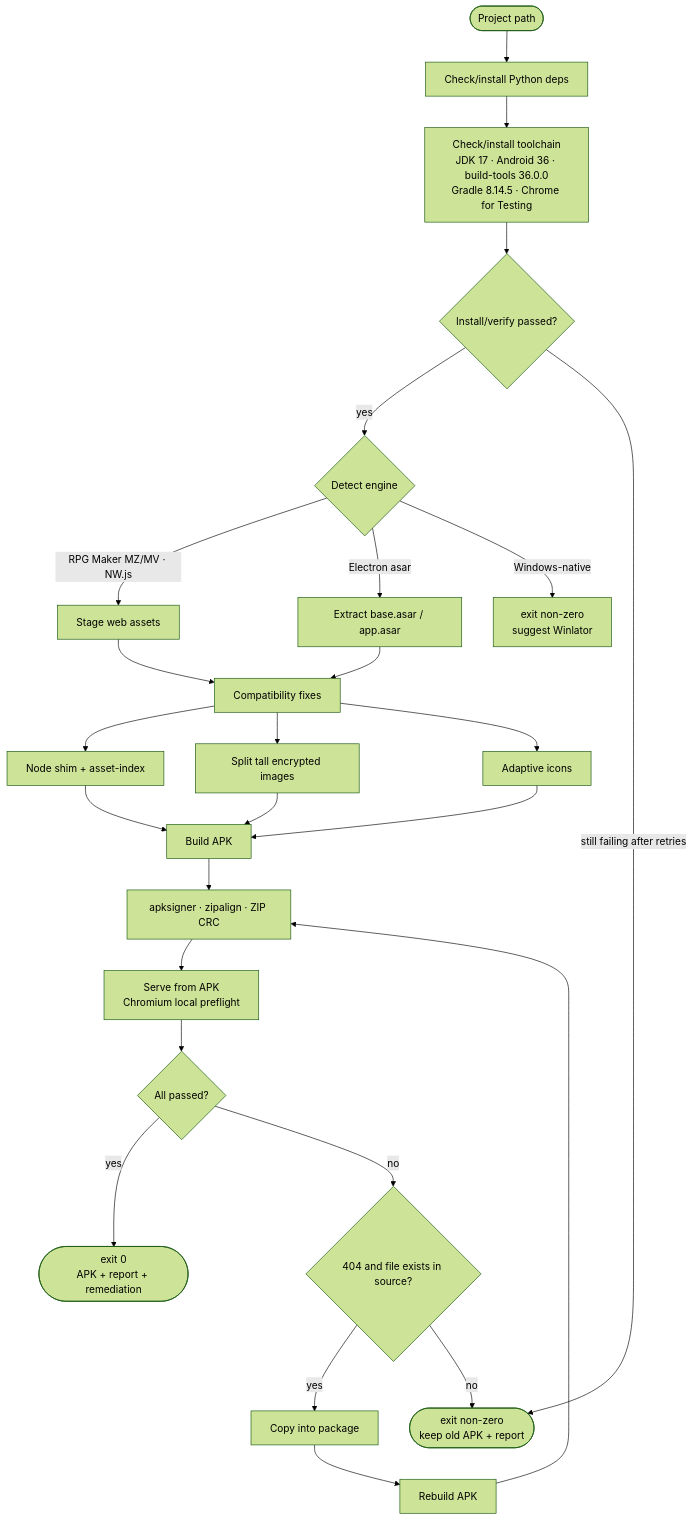
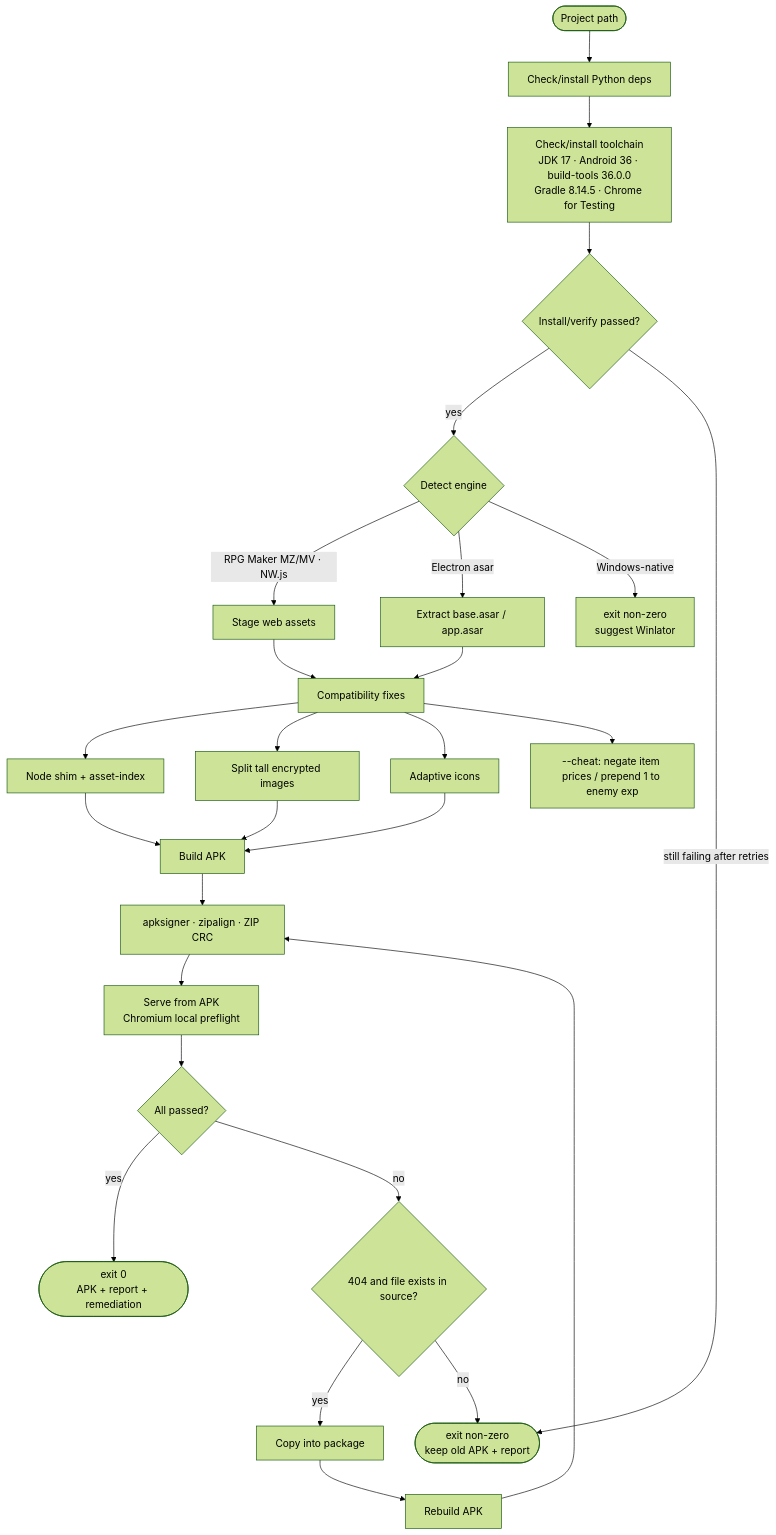
Before and after one commit to SpellingDragon/pc2android: the diagram in README.en.md, drawn with Mermaid (forest theme). The commit also changed other lines of this file and 3 other files, not shown here.

````diff
--- a/README.en.md
+++ b/README.en.md
@@ -45,28 +51,29 @@
 ```mermaid
 flowchart TD
     A(["Project path"]) --> B["Check/install Python deps"]
     B --> C["Check/install toolchain<br/>JDK 17 · Android 36 · build-tools 36.0.0<br/>Gradle 8.14.5 · Chrome for Testing"]
     C --> C1{"Install/verify passed?"}
     C1 -->|"yes"| D{"Detect engine"}
     C1 -->|"still failing after retries"| Z(["exit non-zero<br/>keep old APK + report"])
     D -->|"RPG Maker MZ/MV · NW.js"| E["Stage web assets"]
     D -->|"Electron asar"| F["Extract base.asar / app.asar"]
     D -->|"Windows-native"| X["exit non-zero<br/>suggest Winlator"]
     E --> G["Compatibility fixes"]
     F --> G
     G --> G1["Node shim + asset-index"]
     G --> G2["Split tall encrypted images"]
     G --> G3["Adaptive icons"]
+    G --> G4["--cheat: negate item prices / prepend 1 to enemy exp"]
     G1 --> H["Build APK"]
     G2 --> H
     G3 --> H
     H --> I["apksigner · zipalign · ZIP CRC"]
     I --> J["Serve from APK<br/>Chromium local preflight"]
     J --> K{"All passed?"}
     K -->|"yes"| L(["exit 0<br/>APK + report + remediation"])
     K -->|"no"| M{"404 and file exists in source?"}
     M -->|"yes"| O["Copy into package"]
     M -->|"no"| Z
     O --> P["Rebuild APK"]
     P --> I
 ```
````
